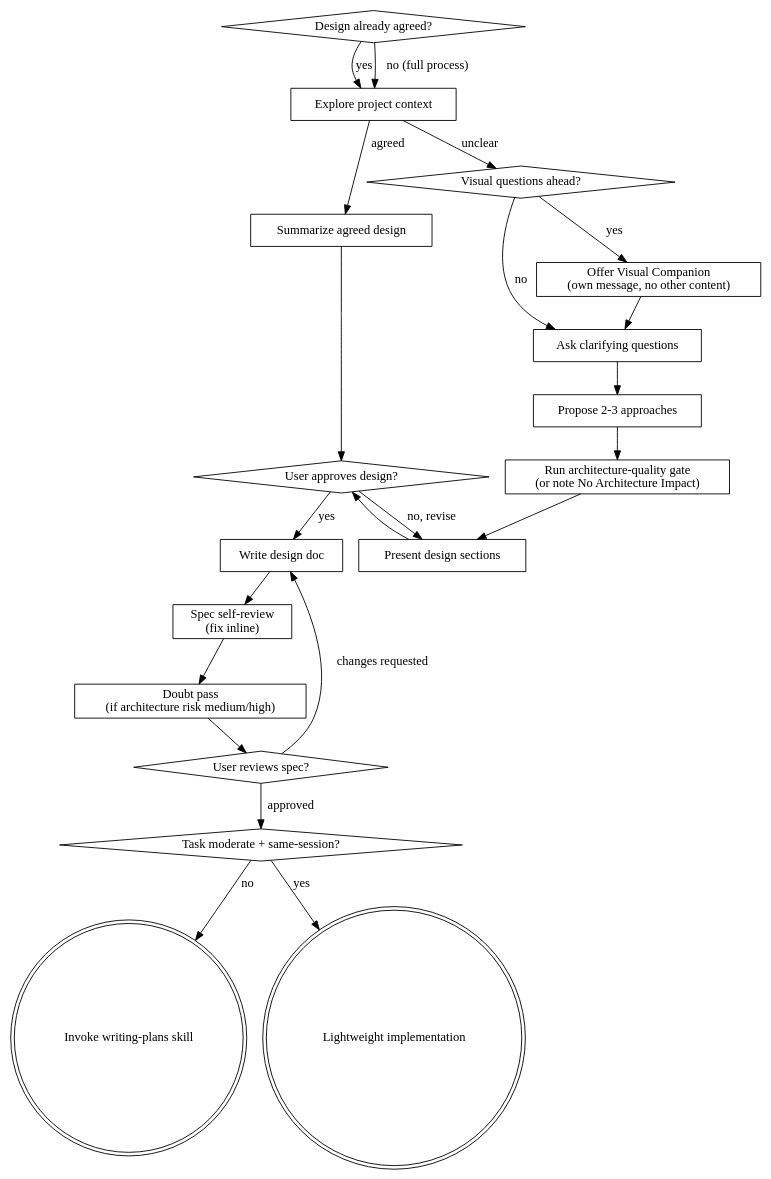
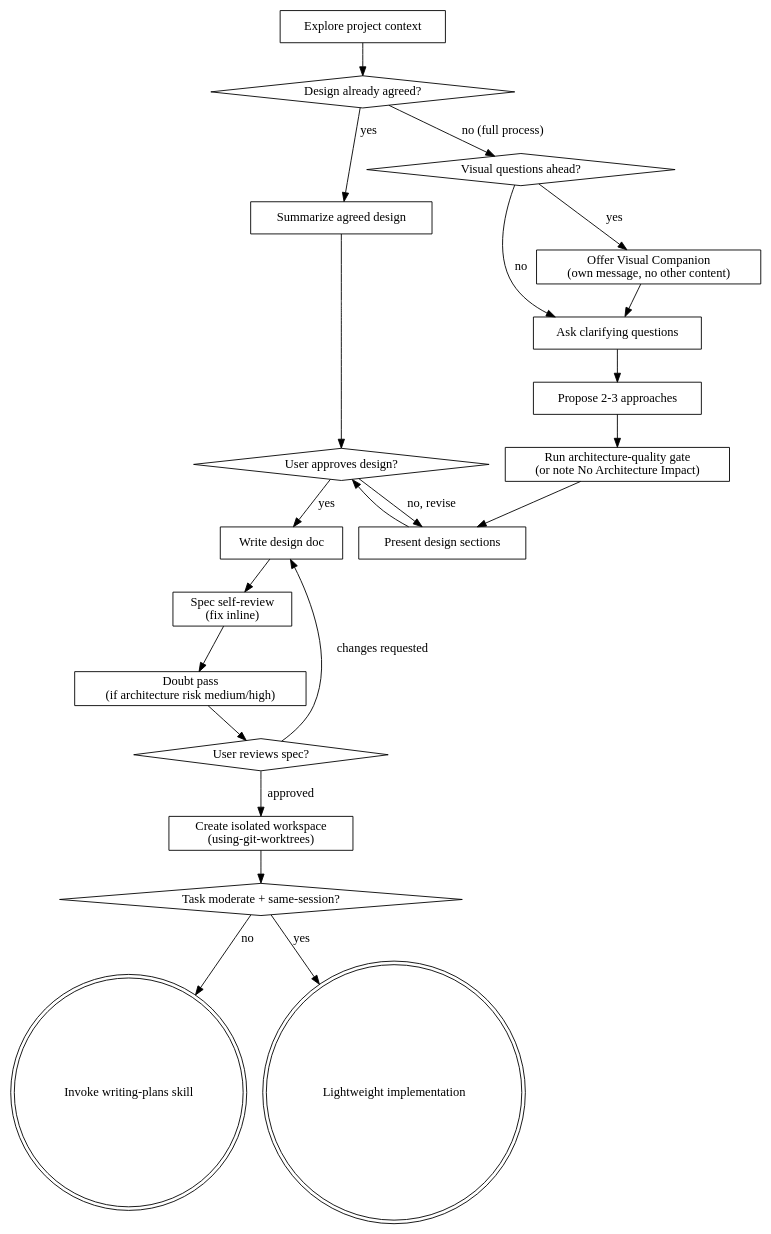
Before and after one commit to anortham/razorback: the diagram in skills/brainstorming/SKILL.md, drawn with Graphviz. The commit also changed other lines of this file and 10 other files, not shown here.

````diff
--- a/skills/brainstorming/SKILL.md
+++ b/skills/brainstorming/SKILL.md
@@ -78,45 +81,45 @@
 ```dot
 digraph brainstorming {
     "Design already agreed?" [shape=diamond];
     "Task moderate + same-session?" [shape=diamond];
     "Explore project context" [shape=box];
     "Run architecture-quality gate\n(or note No Architecture Impact)" [shape=box];
     "Summarize agreed design" [shape=box];
     "Visual questions ahead?" [shape=diamond];
     "Offer Visual Companion\n(own message, no other content)" [shape=box];
     "Ask clarifying questions" [shape=box];
     "Propose 2-3 approaches" [shape=box];
     "Present design sections" [shape=box];
     "User approves design?" [shape=diamond];
     "Write design doc" [shape=box];
     "Spec self-review\n(fix inline)" [shape=box];
     "Doubt pass\n(if architecture risk medium/high)" [shape=box];
     "User reviews spec?" [shape=diamond];
+    "Create isolated workspace\n(using-git-worktrees)" [shape=box];
     "Invoke writing-plans skill" [shape=doublecircle];
     "Lightweight implementation" [shape=doublecircle];
 
-    "Design already agreed?" -> "Explore project context" [label="yes"];
-    "Design already agreed?" -> "Explore project context" [label="no (full process)"];
-
-    "Explore project context" -> "Summarize agreed design" [label="agreed"];
-    "Explore project context" -> "Visual questions ahead?" [label="unclear"];
+    "Explore project context" -> "Design already agreed?";
+    "Design already agreed?" -> "Summarize agreed design" [label="yes"];
+    "Design already agreed?" -> "Visual questions ahead?" [label="no (full process)"];
     "Visual questions ahead?" -> "Offer Visual Companion\n(own message, no other content)" [label="yes"];
     "Visual questions ahead?" -> "Ask clarifying questions" [label="no"];
     "Offer Visual Companion\n(own message, no other content)" -> "Ask clarifying questions";
     "Ask clarifying questions" -> "Propose 2-3 approaches";
     "Propose 2-3 approaches" -> "Run architecture-quality gate\n(or note No Architecture Impact)";
     "Run architecture-quality gate\n(or note No Architecture Impact)" -> "Present design sections";
     "Present design sections" -> "User approves design?";
     "Summarize agreed design" -> "User approves design?";
 
     "User approves design?" -> "Present design sections" [label="no, revise"];
     "User approves design?" -> "Write design doc" [label="yes"];
     "Write design doc" -> "Spec self-review\n(fix inline)";
     "Spec self-review\n(fix inline)" -> "Doubt pass\n(if architecture risk medium/high)";
     "Doubt pass\n(if architecture risk medium/high)" -> "User reviews spec?";
     "User reviews spec?" -> "Write design doc" [label="changes requested"];
-    "User reviews spec?" -> "Task moderate + same-session?" [label="approved"];
+    "User reviews spec?" -> "Create isolated workspace\n(using-git-worktrees)" [label="approved"];
+    "Create isolated workspace\n(using-git-worktrees)" -> "Task moderate + same-session?";
     "Task moderate + same-session?" -> "Lightweight implementation" [label="yes"];
     "Task moderate + same-session?" -> "Invoke writing-plans skill" [label="no"];
 }
 ```
````
